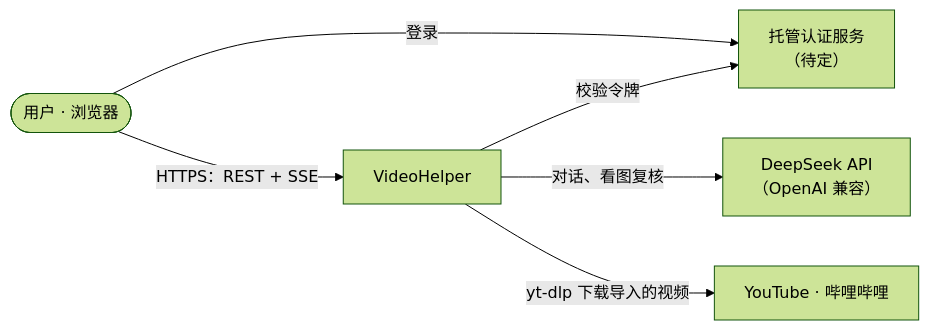
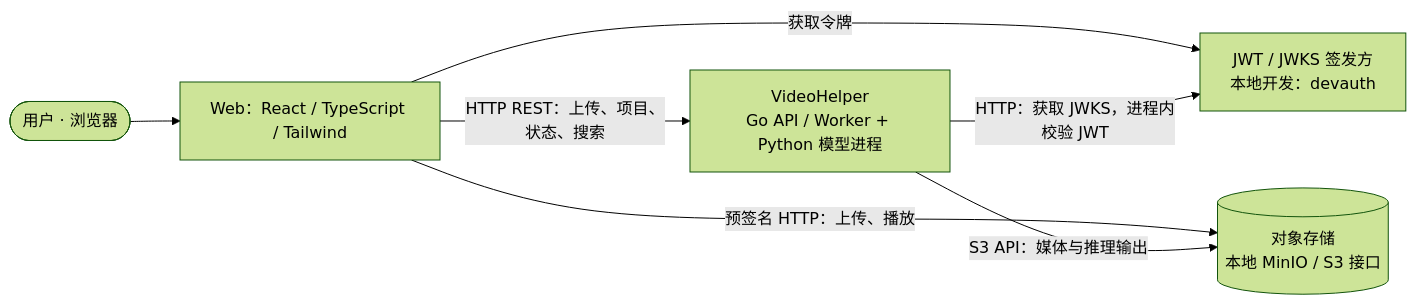
One commit to realOzine/videohelper changed the second of 19 diagrams in docs/design.md. Above: the diagram before and after it, drawn with Mermaid (forest theme). The commit also changed other lines of this file, not shown here.

Commit message:
docs: align design diagrams with model plugins

````diff
--- a/docs/design.md
+++ b/docs/design.md
@@ -171,13 +175,14 @@
 ```mermaid
 flowchart LR
   U(["用户 · 浏览器"])
-  VH["VideoHelper"]
-  LLM["DeepSeek API<br/>（OpenAI 兼容）"]
-  AUTH["托管认证服务<br/>（待定）"]
-  SRC["YouTube · 哔哩哔哩"]
-  U -->|"HTTPS：REST + SSE"| VH
-  U -->|"登录"| AUTH
-  VH -->|"校验令牌"| AUTH
-  VH -->|"对话、看图复核"| LLM
-  VH -->|"yt-dlp 下载导入的视频"| SRC
+  WEB["Web：React / TypeScript / Tailwind"]
+  VH["VideoHelper<br/>Go API / Worker + Python 模型进程"]
+  AUTH["JWT / JWKS 签发方<br/>本地开发：devauth"]
+  OBJ[("对象存储<br/>本地 MinIO / S3 接口")]
+  U --> WEB
+  WEB -->|"HTTP REST：上传、项目、状态、搜索"| VH
+  WEB -->|"获取令牌"| AUTH
+  VH -->|"HTTP：获取 JWKS，进程内校验 JWT"| AUTH
+  WEB -->|"预签名 HTTP：上传、播放"| OBJ
+  VH -->|"S3 API：媒体与推理输出"| OBJ
 ```
````
